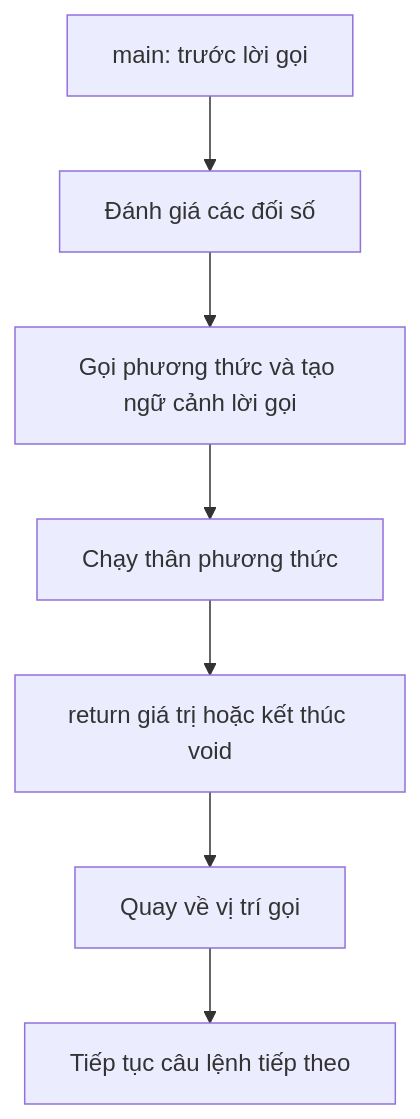
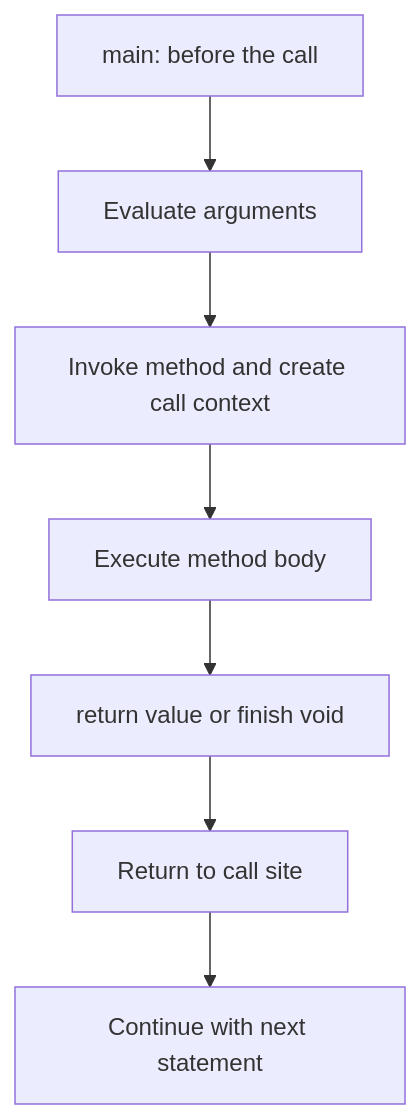
The diagram in module/platform/development/programming/language/java/core/language-basics/content/knowledge/en/26.methods/methods-002.md (phuongnguyenit93/learning-platform-data), drawn with Mermaid before and after one commit. The commit also changed other lines of this file and 2307 other files, not shown here.

```diff
--- a/module/platform/development/programming/language/java/core/language-basics/content/knowledge/en/26.methods/methods-002.md
+++ b/module/platform/development/programming/language/java/core/language-basics/content/knowledge/en/26.methods/methods-002.md
@@ -105,9 +105,9 @@
 ~~~mermaid
 flowchart TD
-    A["main: trước lời gọi"] --> B["Đánh giá các đối số"]
-    B --> C["Gọi phương thức và tạo ngữ cảnh lời gọi"]
-    C --> D["Chạy thân phương thức"]
-    D --> E["return giá trị hoặc kết thúc void"]
-    E --> F["Quay về vị trí gọi"]
-    F --> G["Tiếp tục câu lệnh tiếp theo"]
+    A["main: before the call"] --> B["Evaluate arguments"]
+    B --> C["Invoke method and create call context"]
+    C --> D["Execute method body"]
+    D --> E["return value or finish void"]
+    E --> F["Return to call site"]
+    F --> G["Continue with next statement"]
 ~~~
```
